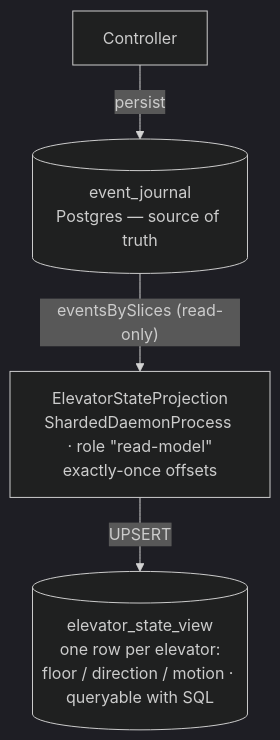
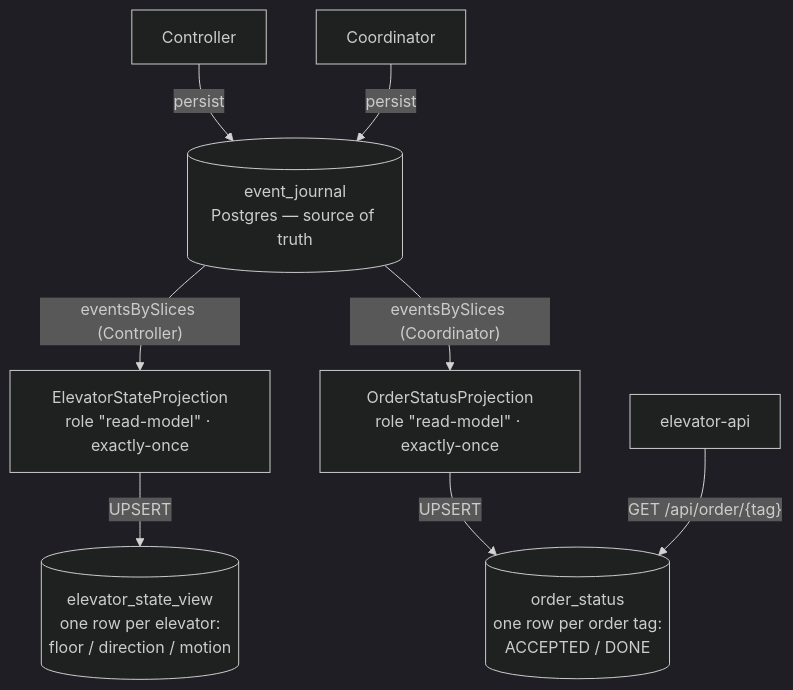
Before and after one commit to TwistedLady/elevator-system: the third of 3 diagrams in README.md, drawn with Mermaid (dark theme). The commit also changed other lines of this file and 1 other file, not shown here.

First line of the commit message:
docs: order_status read-model + GET /api/order/{tag}

````diff
--- a/README.md
+++ b/README.md
@@ -77,6 +78,10 @@
 ```mermaid
 flowchart TD
     ctrl["Controller"] -->|persist| journal[("event_journal<br/>Postgres — source of truth")]
-    journal -->|"eventsBySlices (read-only)"| proj["ElevatorStateProjection<br/>ShardedDaemonProcess · role &quot;read-model&quot;<br/>exactly-once offsets"]
-    proj -->|UPSERT| view[("elevator_state_view<br/>one row per elevator:<br/>floor / direction / motion · queryable with SQL")]
+    coord["Coordinator"] -->|persist| journal
+    journal -->|"eventsBySlices (Controller)"| sproj["ElevatorStateProjection<br/>role &quot;read-model&quot; · exactly-once"]
+    journal -->|"eventsBySlices (Coordinator)"| oproj["OrderStatusProjection<br/>role &quot;read-model&quot; · exactly-once"]
+    sproj -->|UPSERT| view[("elevator_state_view<br/>one row per elevator:<br/>floor / direction / motion")]
+    oproj -->|UPSERT| ostatus[("order_status<br/>one row per order tag:<br/>ACCEPTED / DONE")]
+    api["elevator-api"] -->|"GET /api/order/{tag}"| ostatus
 ```
````
